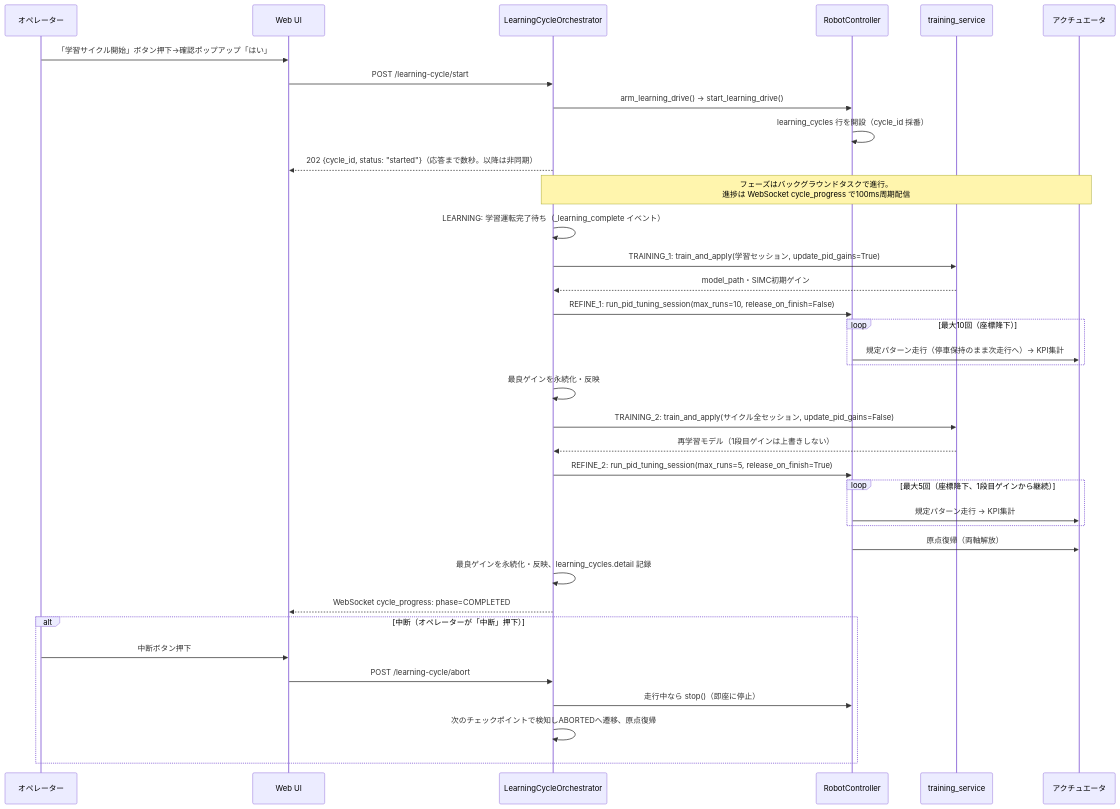
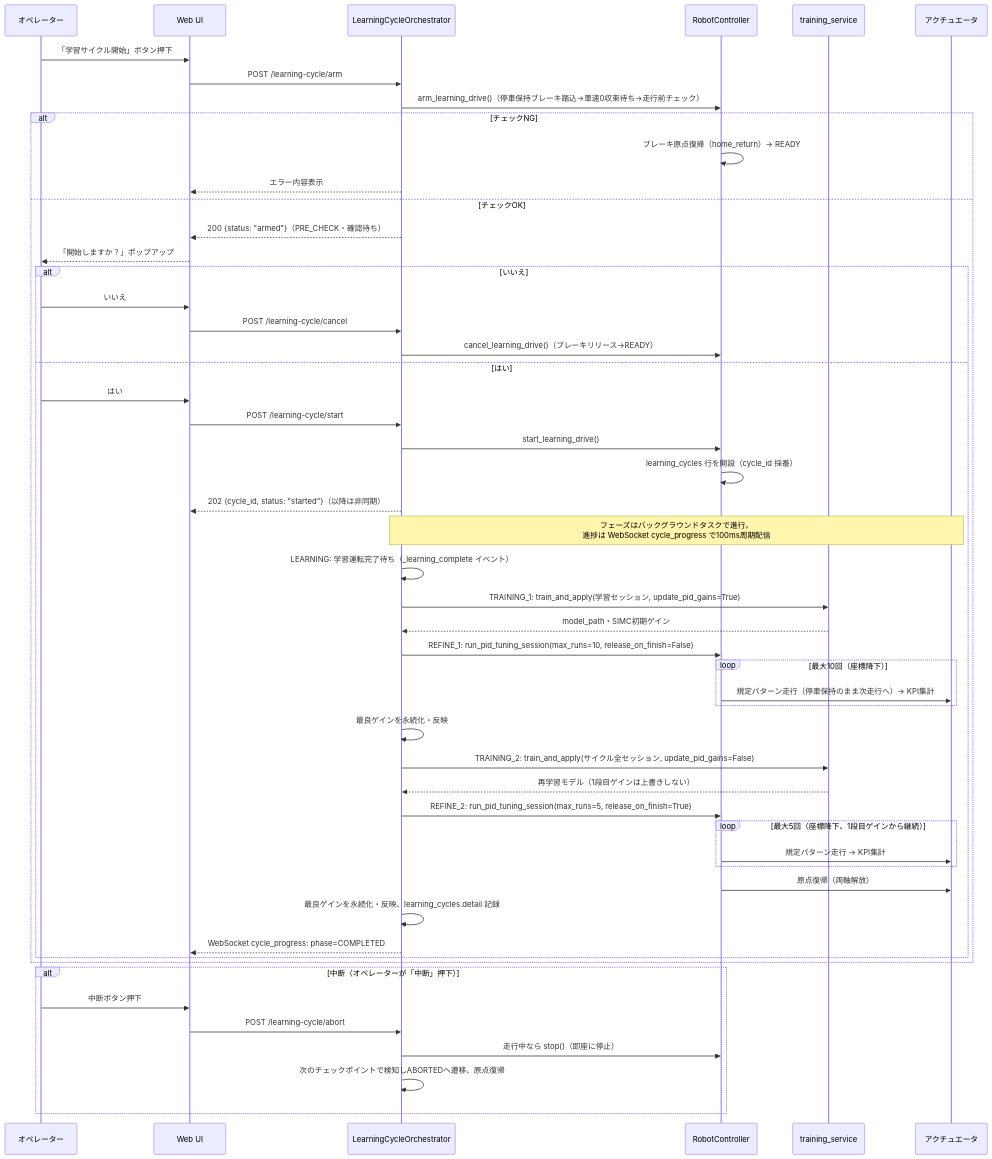
Before and after one commit to sskkusk1219/driving_robot: the tenth of 11 diagrams in docs/functional-design.md, drawn with Mermaid. The commit also changed other lines of this file and 108 other files, not shown here.

````diff
--- a/docs/functional-design.md
+++ b/docs/functional-design.md
@@ -1120,42 +1192,58 @@
 ```mermaid
 sequenceDiagram
     participant Op as オペレーター
     participant UI as Web UI
     participant OR as LearningCycleOrchestrator
     participant RC as RobotController
     participant TS as training_service
     participant HW as アクチュエータ
 
-    Op->>UI: 「学習サイクル開始」ボタン押下→確認ポップアップ「はい」
-    UI->>OR: POST /learning-cycle/start
-    OR->>RC: arm_learning_drive() → start_learning_drive()
-    RC->>RC: learning_cycles 行を開設（cycle_id 採番）
-    OR-->>UI: 202 {cycle_id, status: "started"}（応答まで数秒。以降は非同期）
+    Op->>UI: 「学習サイクル開始」ボタン押下
+    UI->>OR: POST /learning-cycle/arm
+    OR->>RC: arm_learning_drive()（停車保持ブレーキ踏込→車速0収束待ち→走行前チェック）
+    alt チェックNG
+        RC->>RC: ブレーキ原点復帰（home_return）→ READY
+        OR-->>UI: エラー内容表示
+    else チェックOK
+        OR-->>UI: 200 {status: "armed"}（PRE_CHECK・確認待ち）
+        UI-->>Op: 「開始しますか？」ポップアップ
+        alt いいえ
+            Op->>UI: いいえ
+            UI->>OR: POST /learning-cycle/cancel
+            OR->>RC: cancel_learning_drive()（ブレーキリリース→READY）
+        else はい
+            Op->>UI: はい
+            UI->>OR: POST /learning-cycle/start
+            OR->>RC: start_learning_drive()
+            RC->>RC: learning_cycles 行を開設（cycle_id 採番）
+            OR-->>UI: 202 {cycle_id, status: "started"}（以降は非同期）
 
-    Note over OR,HW: フェーズはバックグラウンドタスクで進行。<br/>進捗は WebSocket cycle_progress で100ms周期配信
+            Note over OR,HW: フェーズはバックグラウンドタスクで進行。<br/>進捗は WebSocket cycle_progress で100ms周期配信
 
-    OR->>OR: LEARNING: 学習運転完了待ち（_learning_complete イベント）
-    OR->>TS: TRAINING_1: train_and_apply(学習セッション, update_pid_gains=True)
-    TS-->>OR: model_path・SIMC初期ゲイン
-    OR->>RC: REFINE_1: run_pid_tuning_session(max_runs=10, release_on_finish=False)
-    loop 最大10回（座標降下）
-        RC->>HW: 規定パターン走行（停車保持のまま次走行へ）→ KPI集計
+            OR->>OR: LEARNING: 学習運転完了待ち（_learning_complete イベント）
+            OR->>TS: TRAINING_1: train_and_apply(学習セッション, update_pid_gains=True)
+            TS-->>OR: model_path・SIMC初期ゲイン
+            OR->>RC: REFINE_1: run_pid_tuning_session(max_runs=10, release_on_finish=False)
+            loop 最大10回（座標降下）
+                RC->>HW: 規定パターン走行（停車保持のまま次走行へ）→ KPI集計
+            end
+            OR->>OR: 最良ゲインを永続化・反映
+            OR->>TS: TRAINING_2: train_and_apply(サイクル全セッション, update_pid_gains=False)
+            TS-->>OR: 再学習モデル（1段目ゲインは上書きしない）
+            OR->>RC: REFINE_2: run_pid_tuning_session(max_runs=5, release_on_finish=True)
+            loop 最大5回（座標降下、1段目ゲインから継続）
+                RC->>HW: 規定パターン走行 → KPI集計
+            end
+            RC->>HW: 原点復帰（両軸解放）
+            OR->>OR: 最良ゲインを永続化・反映、learning_cycles.detail 記録
+            OR-->>UI: WebSocket cycle_progress: phase=COMPLETED
+        end
     end
-    OR->>OR: 最良ゲインを永続化・反映
-    OR->>TS: TRAINING_2: train_and_apply(サイクル全セッション, update_pid_gains=False)
-    TS-->>OR: 再学習モデル（1段目ゲインは上書きしない）
-    OR->>RC: REFINE_2: run_pid_tuning_session(max_runs=5, release_on_finish=True)
-    loop 最大5回（座標降下、1段目ゲインから継続）
-        RC->>HW: 規定パターン走行 → KPI集計
-    end
-    RC->>HW: 原点復帰（両軸解放）
-    OR->>OR: 最良ゲインを永続化・反映、learning_cycles.detail 記録
-    OR-->>UI: WebSocket cycle_progress: phase=COMPLETED
 
     alt 中断（オペレーターが「中断」押下）
         Op->>UI: 中断ボタン押下
         UI->>OR: POST /learning-cycle/abort
         OR->>RC: 走行中なら stop()（即座に停止）
         OR->>OR: 次のチェックポイントで検知しABORTEDへ遷移、原点復帰
     end
 ```
````
